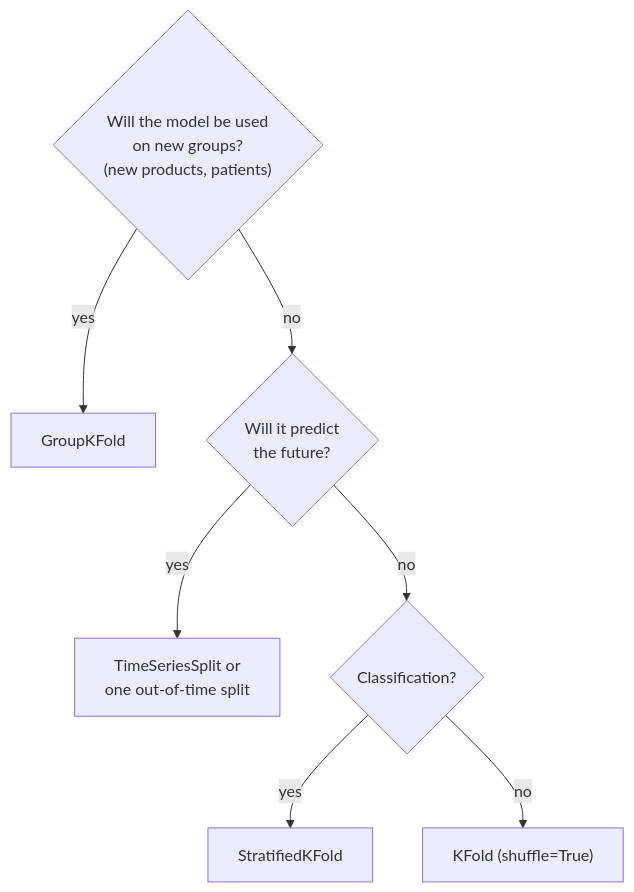
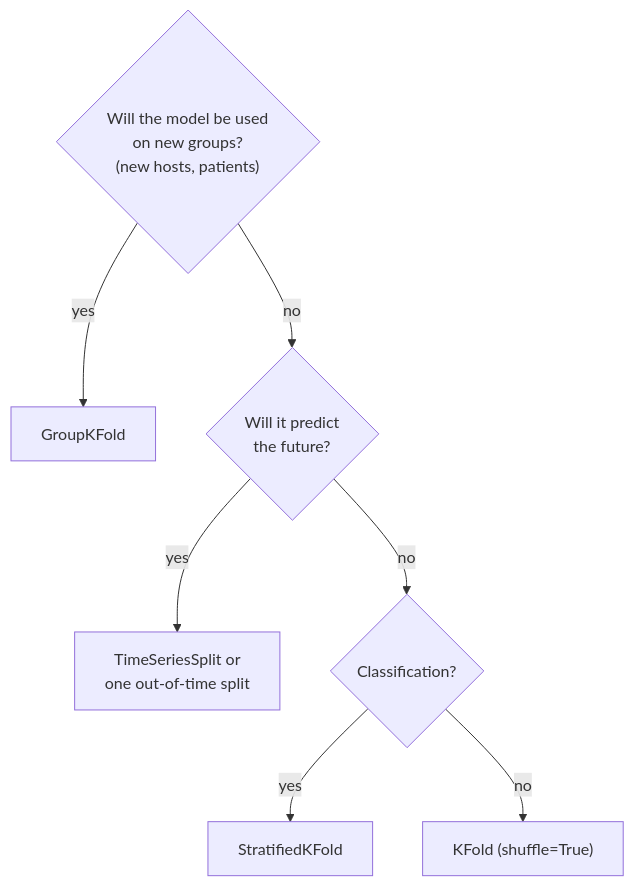
The second of 2 diagrams in sessions/07-validation-and-tuning/theory/01-splits-and-cross-validation.md (khoadaniel/statistical-programming-mpmd-htw-ws-2026), drawn with Mermaid before and after one commit. The commit also changed other lines of this file and 106 other files, not shown here.

````diff
--- a/sessions/07-validation-and-tuning/theory/01-splits-and-cross-validation.md
+++ b/sessions/07-validation-and-tuning/theory/01-splits-and-cross-validation.md
@@ -165,9 +165,9 @@
 ```mermaid
 flowchart TD
-    Q1{"Will the model be used<br/>on new groups?<br/>(new products, patients)"} -->|yes| G["GroupKFold"]
+    Q1{"Will the model be used<br/>on new groups?<br/>(new hosts, patients)"} -->|yes| G["GroupKFold"]
     Q1 -->|no| Q2{"Will it predict<br/>the future?"}
     Q2 -->|yes| TS["TimeSeriesSplit or<br/>one out-of-time split"]
     Q2 -->|no| Q3{"Classification?"}
     Q3 -->|yes| S["StratifiedKFold"]
     Q3 -->|no| K["KFold (shuffle=True)"]
 ```
````
